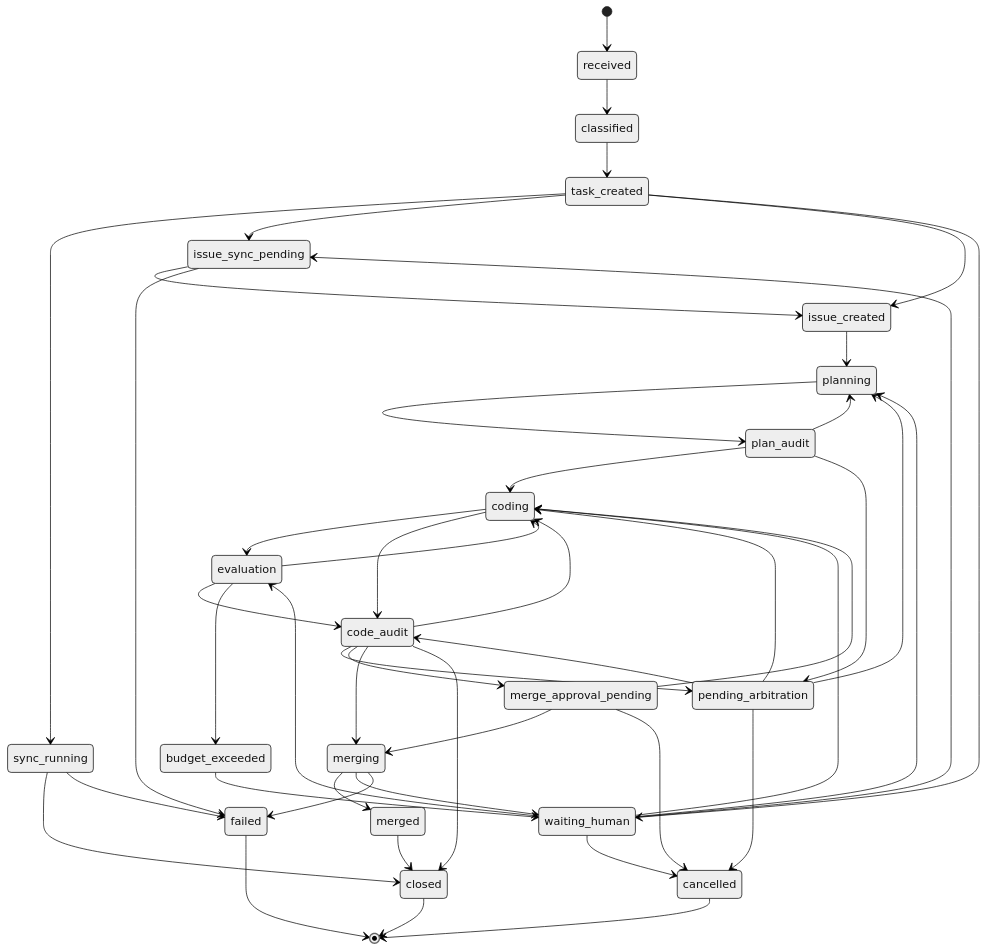
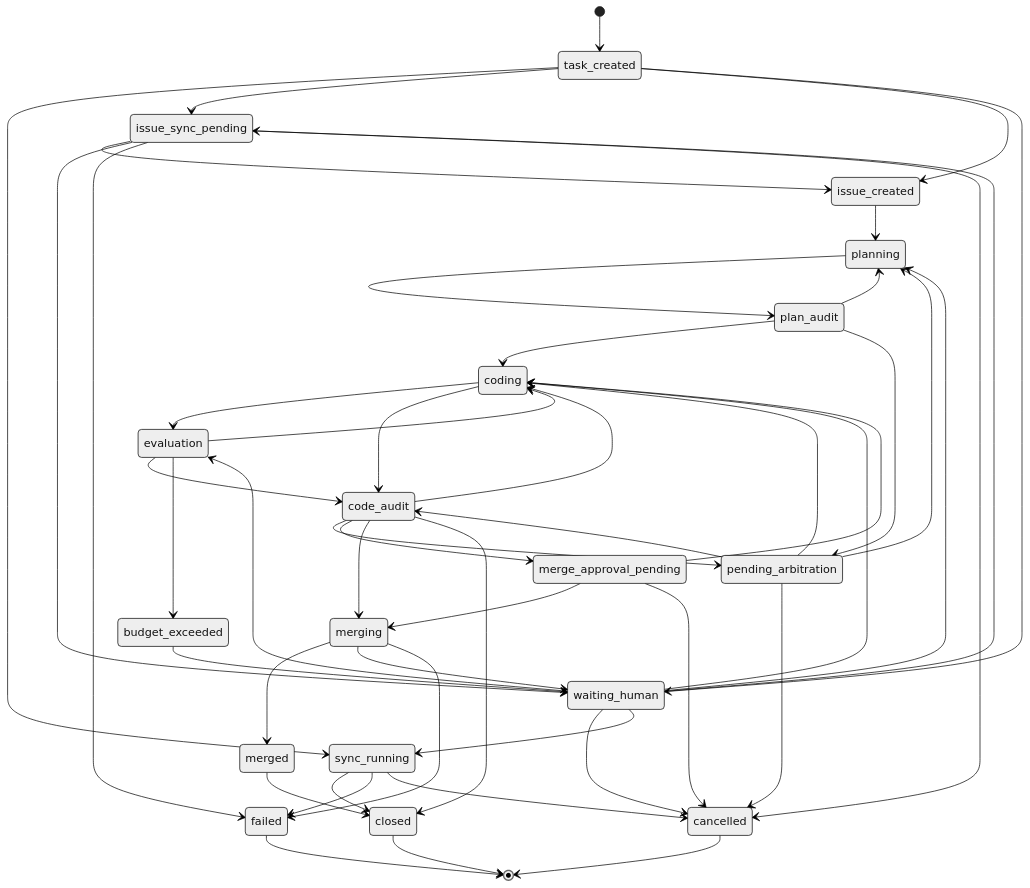
One commit to Alice-space/alice changed the second of 2 diagrams in docs/tdr/README.md. Above: the diagram before and after it, drawn with Mermaid (neutral theme). The commit also changed other lines of this file and 10 other files, not shown here.

````diff
--- a/docs/tdr/README.md
+++ b/docs/tdr/README.md
@@ -257,59 +258,61 @@
 ```mermaid
 stateDiagram-v2
-    [*] --> received
-    received --> classified
-    classified --> task_created
+    [*] --> task_created
 
     task_created --> sync_running
     sync_running --> closed
     sync_running --> failed
+    sync_running --> cancelled
 
     task_created --> issue_sync_pending
     task_created --> issue_created
     issue_sync_pending --> issue_created
+    issue_sync_pending --> waiting_human
     issue_sync_pending --> failed
+    issue_sync_pending --> cancelled
 
     task_created --> waiting_human
     waiting_human --> cancelled
+    waiting_human --> sync_running
     waiting_human --> issue_sync_pending
     waiting_human --> planning
     waiting_human --> coding
     waiting_human --> evaluation
 
     issue_created --> planning
     planning --> plan_audit
     plan_audit --> planning
     plan_audit --> coding
     plan_audit --> pending_arbitration
 
     coding --> evaluation
     coding --> code_audit
     evaluation --> coding
     evaluation --> code_audit
     evaluation --> budget_exceeded
     budget_exceeded --> waiting_human
 
     code_audit --> coding
     code_audit --> pending_arbitration
     code_audit --> merge_approval_pending
     code_audit --> merging
     code_audit --> closed
 
     merge_approval_pending --> merging
     merge_approval_pending --> coding
     merge_approval_pending --> cancelled
 
     pending_arbitration --> planning
     pending_arbitration --> coding
     pending_arbitration --> code_audit
     pending_arbitration --> cancelled
 
     merging --> merged
     merging --> waiting_human
     merging --> failed
     merged --> closed
 
     closed --> [*]
     failed --> [*]
     cancelled --> [*]
 ```
````
